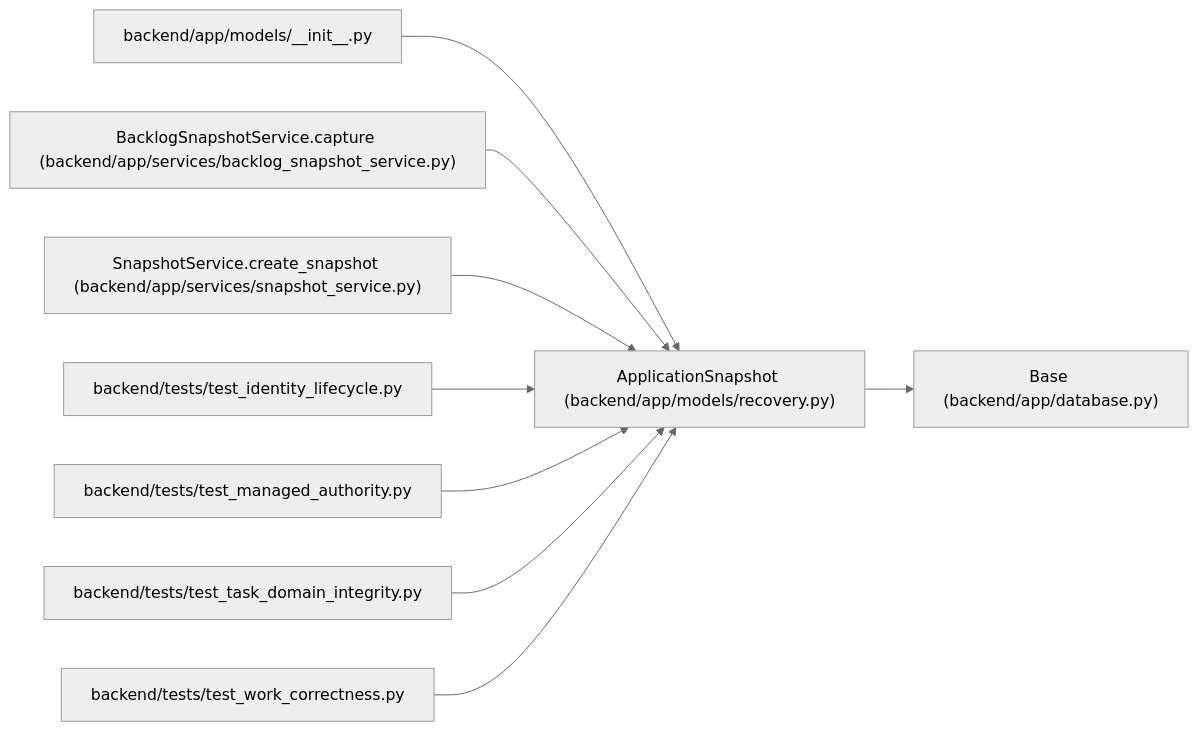
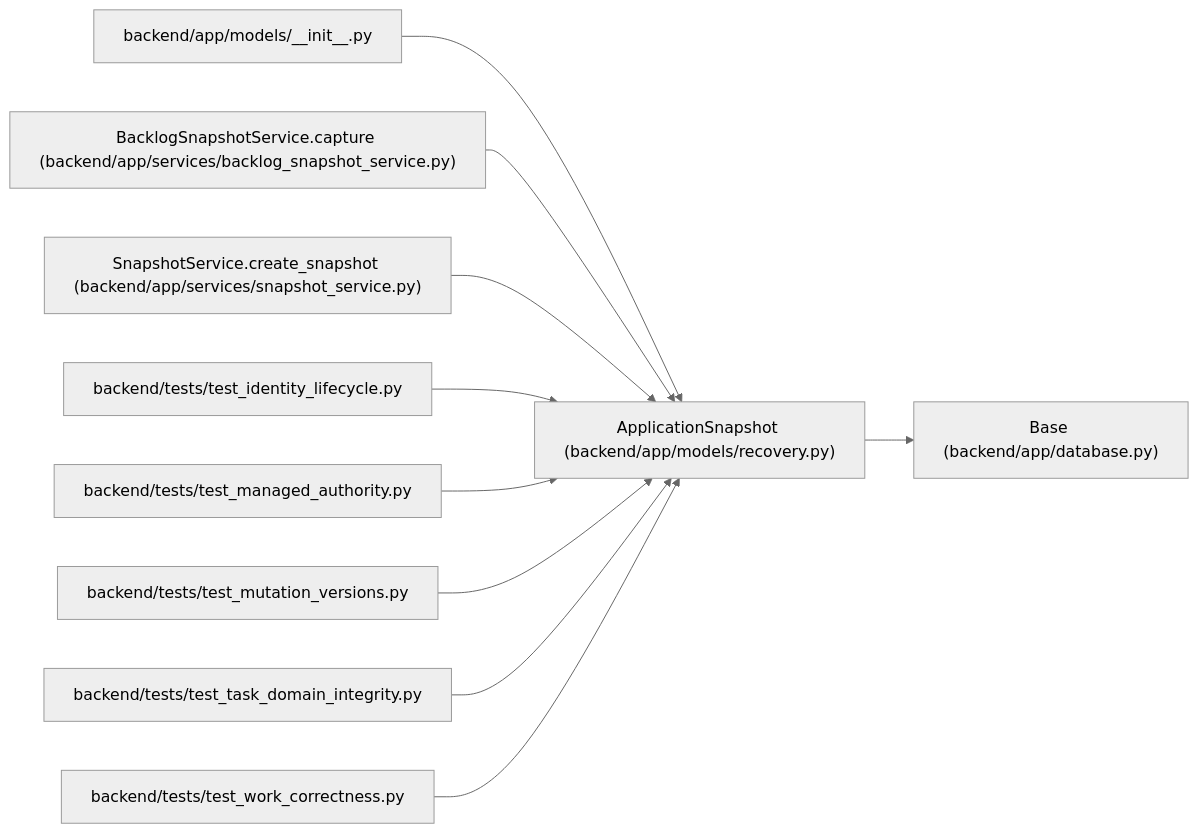
Before and after one commit to Denissvgn/WorkChord: the diagram in docs/llm_wiki/entities/ApplicationSnapshot.md, drawn with Mermaid (neutral theme). The commit also changed other lines of this file and 6624 other files, not shown here.

````diff
--- a/docs/llm_wiki/entities/ApplicationSnapshot.md
+++ b/docs/llm_wiki/entities/ApplicationSnapshot.md
@@ -37,29 +37,32 @@
 ```mermaid
 flowchart LR
     n0["ApplicationSnapshot (backend/app/models/recovery.py)"]
     n1["Base (backend/app/database.py)"]
     n2["backend/app/models/__init__.py"]
     n3["BacklogSnapshotService.capture (backend/app/services/backlog_snapshot_service.py)"]
     n4["SnapshotService.create_snapshot (backend/app/services/snapshot_service.py)"]
     n5["backend/tests/test_identity_lifecycle.py"]
     n6["backend/tests/test_managed_authority.py"]
-    n7["backend/tests/test_task_domain_integrity.py"]
-    n8["backend/tests/test_work_correctness.py"]
+    n7["backend/tests/test_mutation_versions.py"]
+    n8["backend/tests/test_task_domain_integrity.py"]
+    n9["backend/tests/test_work_correctness.py"]
     n0 --> n1
     n2 --> n0
     n3 --> n0
     n4 --> n0
     n5 --> n0
     n6 --> n0
     n7 --> n0
     n8 --> n0
+    n9 --> n0
     click n0 "../modules/recovery.md"
     click n1 "../modules/app_database.md"
     click n2 "../modules/models___init__.md"
     click n3 "../modules/backlog_snapshot_service.md"
     click n4 "../modules/snapshot_service.md"
     click n5 "../modules/test_identity_lifecycle.md"
     click n6 "../modules/test_managed_authority.md"
-    click n7 "../modules/test_task_domain_integrity.md"
-    click n8 "../modules/test_work_correctness.md"
+    click n7 "../modules/test_mutation_versions.md"
+    click n8 "../modules/test_task_domain_integrity.md"
+    click n9 "../modules/test_work_correctness.md"
 ```
````
